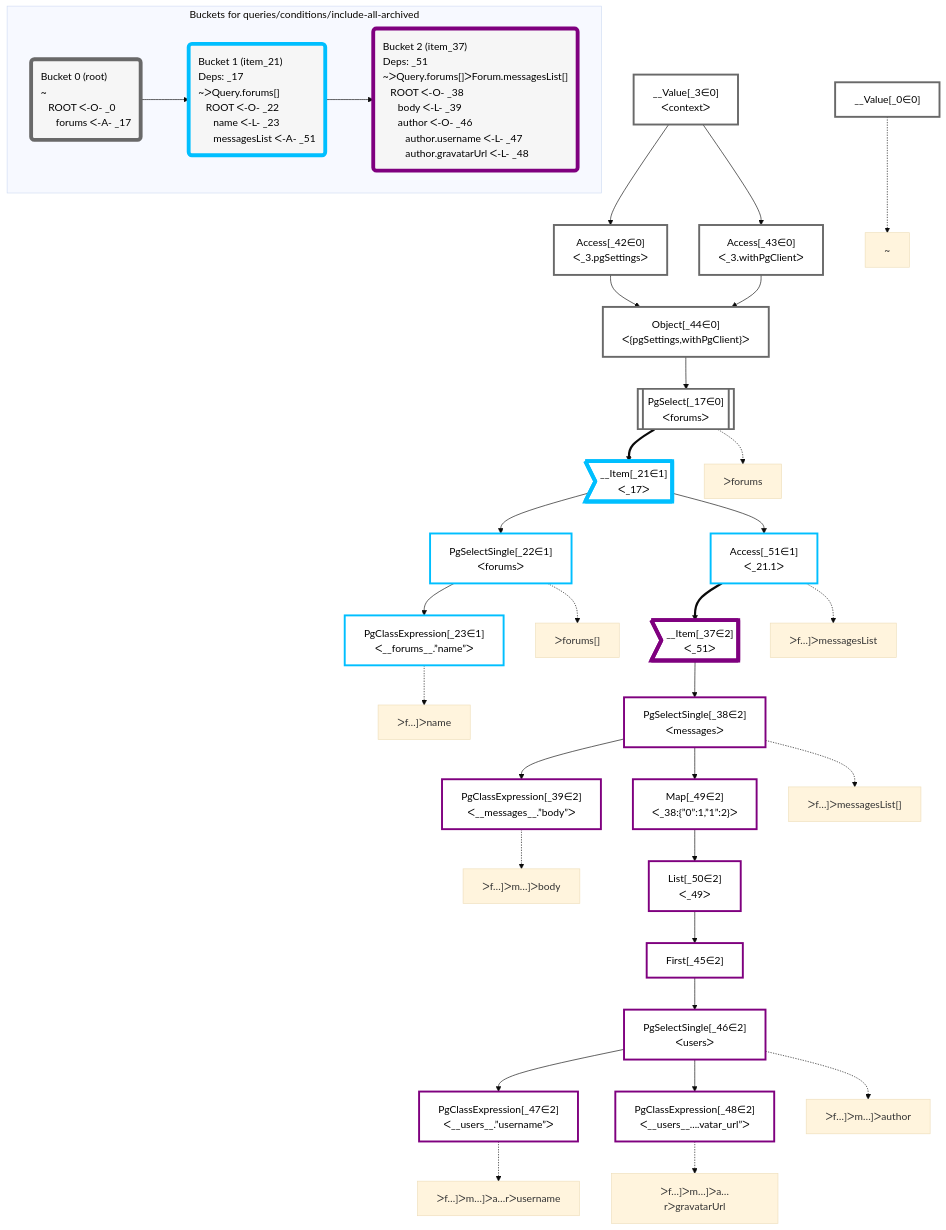
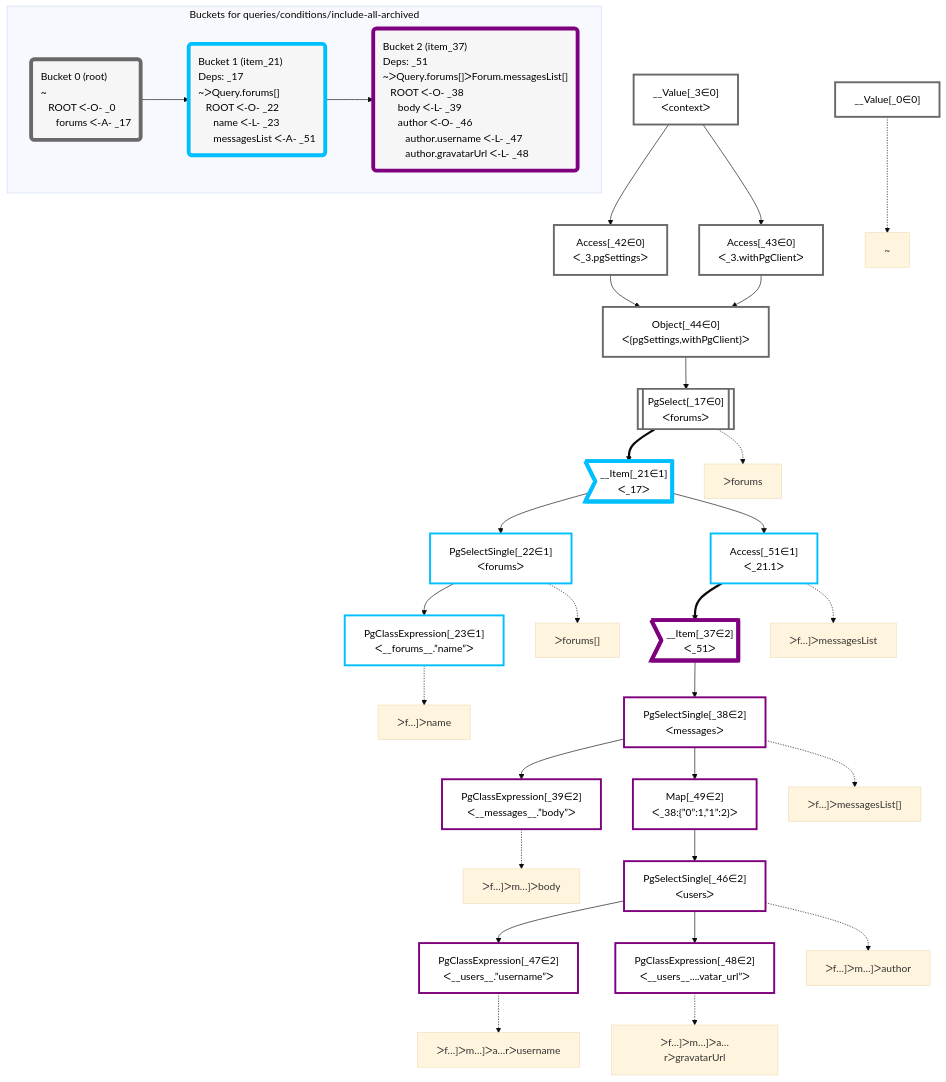
One commit to graphile/crystal changed the diagram in packages/dataplan-pg/__tests__/queries/conditions/include-all-archived.mermaid.md. Above: the diagram before and after it, drawn with Mermaid (base theme). The commit also changed 67 other files, not shown here.

```diff
--- a/packages/dataplan-pg/__tests__/queries/conditions/include-all-archived.mermaid.md
+++ b/packages/dataplan-pg/__tests__/queries/conditions/include-all-archived.mermaid.md
@@ -20,12 +20,10 @@
     Access_42["Access[_42∈0]<br />ᐸ_3.pgSettingsᐳ"]:::plan
     Access_43["Access[_43∈0]<br />ᐸ_3.withPgClientᐳ"]:::plan
     Object_44["Object[_44∈0]<br />ᐸ{pgSettings,withPgClient}ᐳ"]:::plan
-    First_45["First[_45∈2]"]:::plan
     PgSelectSingle_46["PgSelectSingle[_46∈2]<br />ᐸusersᐳ"]:::plan
     PgClassExpression_47["PgClassExpression[_47∈2]<br />ᐸ__users__.”username”ᐳ"]:::plan
     PgClassExpression_48["PgClassExpression[_48∈2]<br />ᐸ__users__....vatar_url”ᐳ"]:::plan
     Map_49["Map[_49∈2]<br />ᐸ_38:{”0”:1,”1”:2}ᐳ"]:::plan
-    List_50["List[_50∈2]<br />ᐸ_49ᐳ"]:::plan
     Access_51["Access[_51∈1]<br />ᐸ_21.1ᐳ"]:::plan
 
     %% plan dependencies
@@ -40,12 +38,10 @@
     __Value_3 --> Access_43
     Access_42 --> Object_44
     Access_43 --> Object_44
-    List_50 --> First_45
-    First_45 --> PgSelectSingle_46
+    Map_49 --> PgSelectSingle_46
     PgSelectSingle_46 --> PgClassExpression_47
     PgSelectSingle_46 --> PgClassExpression_48
     PgSelectSingle_38 --> Map_49
-    Map_49 --> List_50
     __Item_21 --> Access_51
 
     %% plan-to-path relationships
@@ -76,7 +72,7 @@
     classDef bucket1 stroke:#00bfff
     class __Item_21,PgSelectSingle_22,PgClassExpression_23,Access_51 bucket1
     classDef bucket2 stroke:#7f007f
-    class __Item_37,PgSelectSingle_38,PgClassExpression_39,First_45,PgSelectSingle_46,PgClassExpression_47,PgClassExpression_48,Map_49,List_50 bucket2
+    class __Item_37,PgSelectSingle_38,PgClassExpression_39,PgSelectSingle_46,PgClassExpression_47,PgClassExpression_48,Map_49 bucket2
 
     subgraph "Buckets for queries/conditions/include-all-archived"
     Bucket0("Bucket 0 (root)<br />~<br />⠀ROOT ᐸ-O- _0<br />⠀⠀forums ᐸ-A- _17"):::bucket
```
